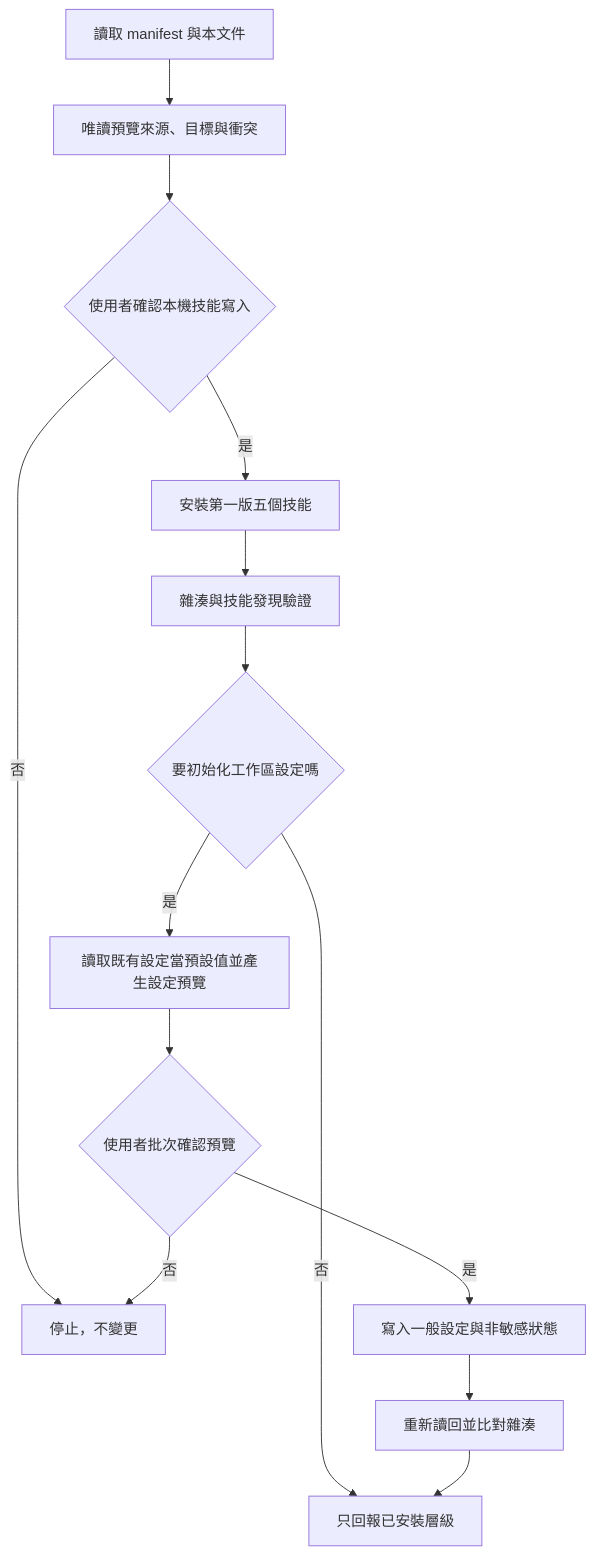
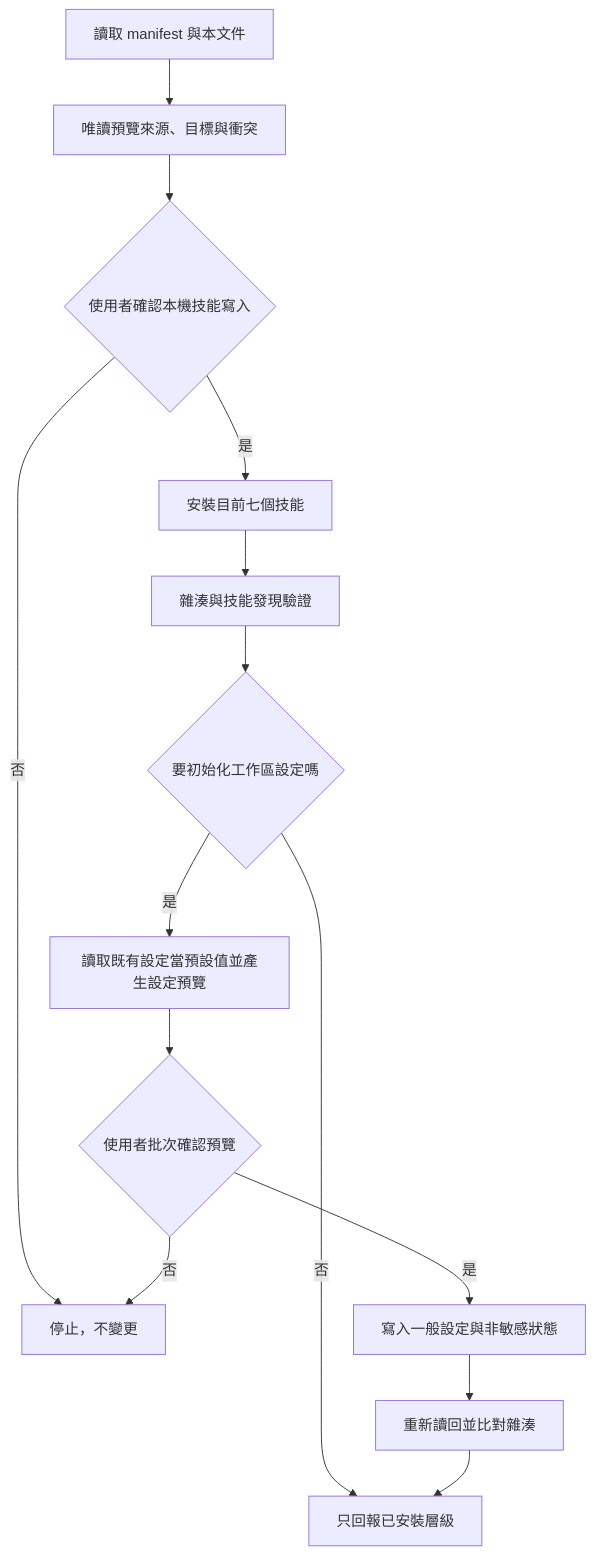
The diagram in skill-packs/website-building/INSTALL.md (iamraven-tw/raven-ai-workflow-toolbox), drawn with Mermaid before and after one commit. The commit also changed other lines of this file and 104 other files, not shown here.

````diff
--- a/skill-packs/website-building/INSTALL.md
+++ b/skill-packs/website-building/INSTALL.md
@@ -7,16 +7,16 @@
 ```mermaid
 flowchart TD
     A[讀取 manifest 與本文件] --> B[唯讀預覽來源、目標與衝突]
     B --> C{使用者確認本機技能寫入}
     C -- 否 --> S[停止，不變更]
-    C -- 是 --> D[安裝第一版五個技能]
+    C -- 是 --> D[安裝目前七個技能]
     D --> E[雜湊與技能發現驗證]
     E --> F{要初始化工作區設定嗎}
     F -- 否 --> G[只回報已安裝層級]
     F -- 是 --> H[讀取既有設定當預設值並產生設定預覽]
     H --> I{使用者批次確認預覽}
     I -- 否 --> S
     I -- 是 --> J[寫入一般設定與非敏感狀態]
     J --> K[重新讀回並比對雜湊]
     K --> G
 ```
````
